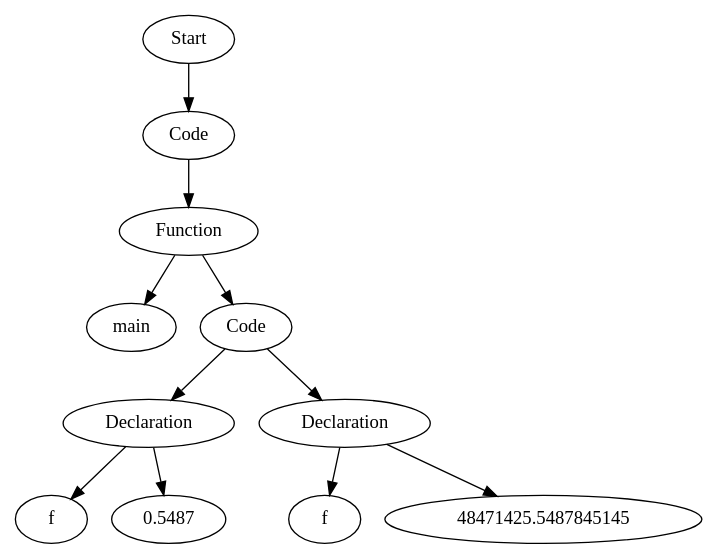
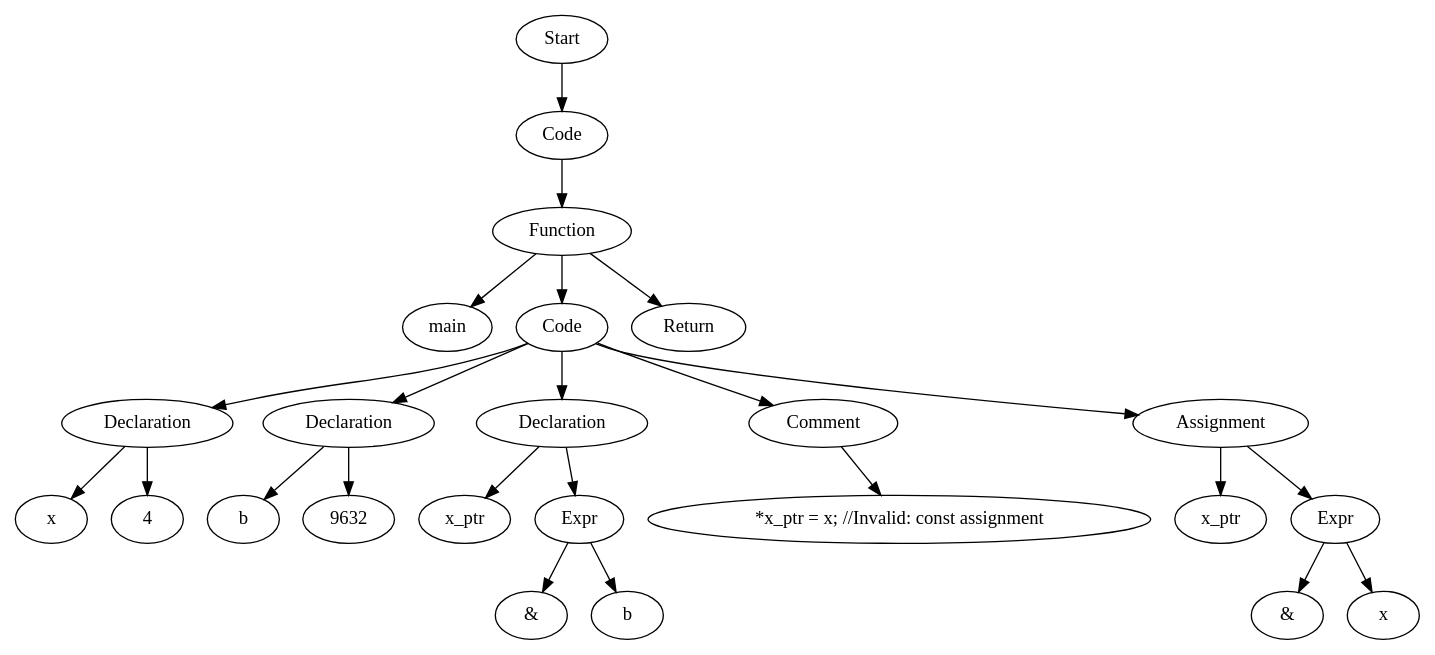
The diagram in src/TestFiles/ASTTests/SemanticErrorsTests/CreateTests/read_file_before.dot (Are-you-listening/Compilers), drawn with Graphviz before and after one commit. The commit also changed 11 other files, not shown here.

```diff
--- a/src/TestFiles/ASTTests/SemanticErrorsTests/CreateTests/read_file_before.dot
+++ b/src/TestFiles/ASTTests/SemanticErrorsTests/CreateTests/read_file_before.dot
@@ -1,23 +1,49 @@
 digraph AST {
-  "128583515623616" [label="Start"];
-  "128583515623616" -> "128583515622512";
-  "128583515622512" [label="Code"];
-  "128583515622512" -> "128583515622752";
-  "128583515622752" [label="Function"];
-  "128583515622752" -> "128583515622080";
-  "128583515622752" -> "128583515620112";
-  "128583515622080" [label="main"];
-  "128583515620112" [label="Code"];
-  "128583515620112" -> "128583515621648";
-  "128583515620112" -> "128583515622848";
-  "128583515621648" [label="Declaration"];
-  "128583515621648" -> "128583515620208";
-  "128583515621648" -> "128583515621120";
-  "128583515620208" [label="f"];
-  "128583515621120" [label="0.5487"];
-  "128583515622848" [label="Declaration"];
-  "128583515622848" -> "128583515621936";
-  "128583515622848" -> "128583515622224";
-  "128583515621936" [label="f"];
-  "128583515622224" [label="48471425.5487845145"];
+  "132792132975296" [label="Start"];
+  "132792132975296" -> "132792132974288";
+  "132792132974288" [label="Code"];
+  "132792132974288" -> "132792132974432";
+  "132792132974432" [label="Function"];
+  "132792132974432" -> "132792132975536";
+  "132792132974432" -> "132792132975632";
+  "132792132974432" -> "132792132971312";
+  "132792132975536" [label="main"];
+  "132792132975632" [label="Code"];
+  "132792132975632" -> "132792132974912";
+  "132792132975632" -> "132792132973664";
+  "132792132975632" -> "132792132971744";
+  "132792132975632" -> "132792132974144";
+  "132792132975632" -> "132792132976112";
+  "132792132974912" [label="Declaration"];
+  "132792132974912" -> "132792132974816";
+  "132792132974912" -> "132792132974576";
+  "132792132974816" [label="x"];
+  "132792132974576" [label="4"];
+  "132792132973664" [label="Declaration"];
+  "132792132973664" -> "132792132974192";
+  "132792132973664" -> "132792132973952";
+  "132792132974192" [label="b"];
+  "132792132973952" [label="9632"];
+  "132792132971744" [label="Declaration"];
+  "132792132971744" -> "132792132970112";
+  "132792132971744" -> "132792132975248";
+  "132792132970112" [label="x_ptr"];
+  "132792132975248" [label="Expr"];
+  "132792132975248" -> "132792132975488";
+  "132792132975248" -> "132792132976016";
+  "132792132975488" [label="&"];
+  "132792132976016" [label="b"];
+  "132792132974144" [label="Comment"];
+  "132792132974144" -> "132792133157600";
+  "132792133157600" [label="*x_ptr = x; //Invalid: const assignment"];
+  "132792132976112" [label="Assignment"];
+  "132792132976112" -> "132792132976256";
+  "132792132976112" -> "132792132976400";
+  "132792132976256" [label="x_ptr"];
+  "132792132976400" [label="Expr"];
+  "132792132976400" -> "132792132976496";
+  "132792132976400" -> "132792133157120";
+  "132792132976496" [label="&"];
+  "132792133157120" [label="x"];
+  "132792132971312" [label="Return"];
 }
```
